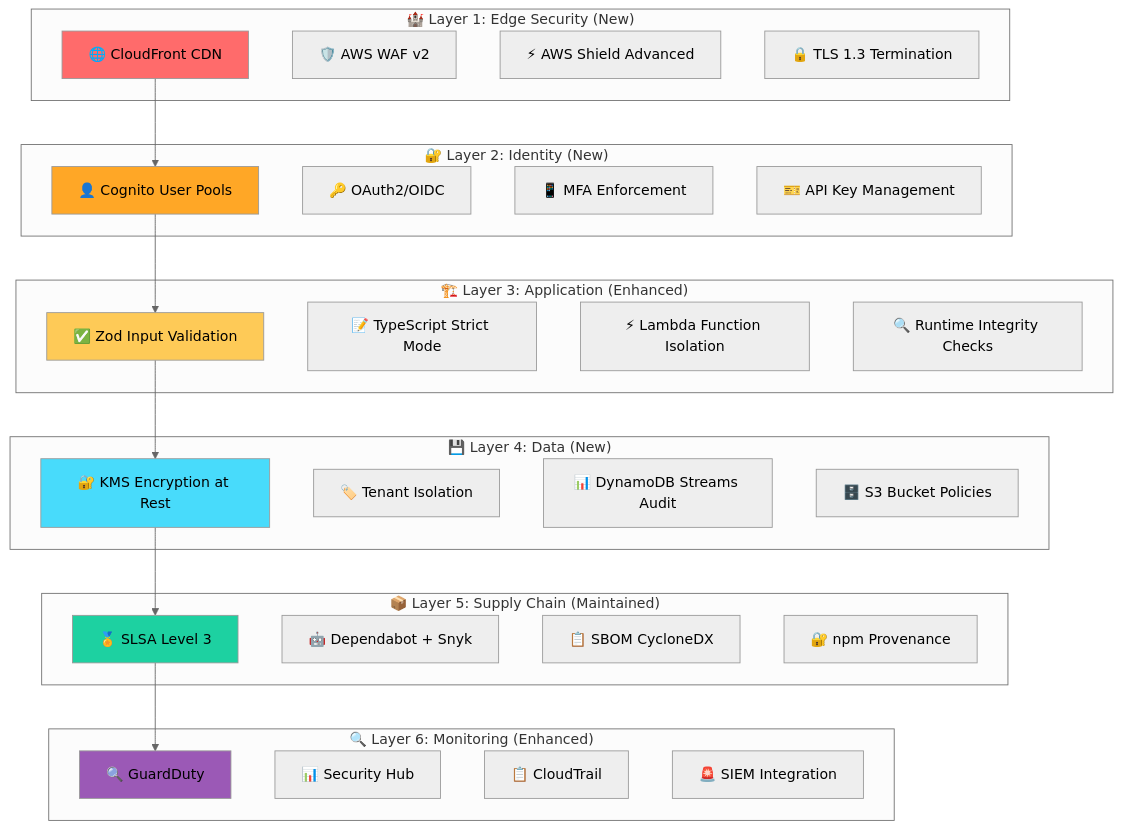
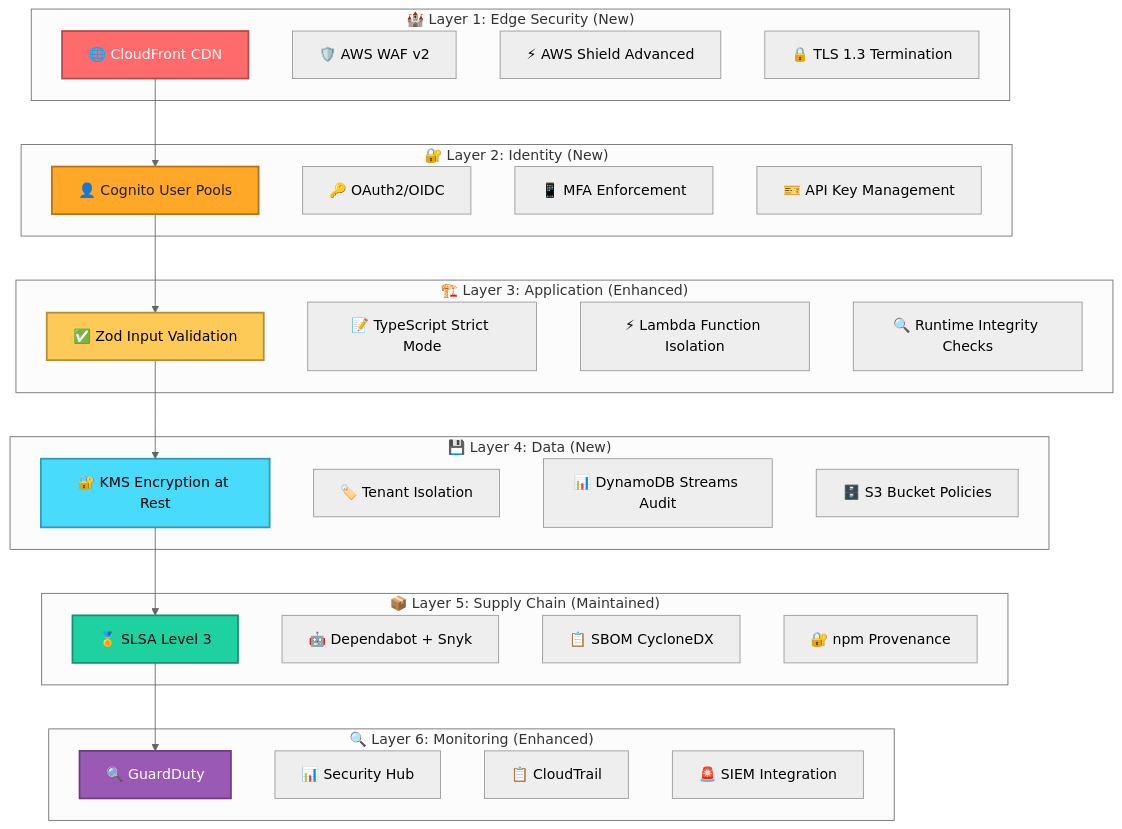
Before and after one commit to Hack23/European-Parliament-MCP-Server: the seventh of 7 diagrams in api-markdown/_media/FUTURE_THREAT_MODEL.md, drawn with Mermaid (neutral theme). The commit also changed other lines of this file and 1837 other files, not shown here.

````diff
--- a/api-markdown/_media/FUTURE_THREAT_MODEL.md
+++ b/api-markdown/_media/FUTURE_THREAT_MODEL.md
@@ -384,53 +441,65 @@
 ```mermaid
 graph TB
     subgraph "🏰 Layer 1: Edge Security (New)"
         L1A[🌐 CloudFront CDN]
         L1B[🛡️ AWS WAF v2]
         L1C[⚡ AWS Shield Advanced]
         L1D[🔒 TLS 1.3 Termination]
     end
     
     subgraph "🔐 Layer 2: Identity (New)"
         L2A[👤 Cognito User Pools]
         L2B[🔑 OAuth2/OIDC]
         L2C[📱 MFA Enforcement]
         L2D[🎫 API Key Management]
     end
     
     subgraph "🏗️ Layer 3: Application (Enhanced)"
         L3A[✅ Zod Input Validation]
         L3B[📝 TypeScript Strict Mode]
         L3C[⚡ Lambda Function Isolation]
         L3D[🔍 Runtime Integrity Checks]
     end
     
     subgraph "💾 Layer 4: Data (New)"
         L4A[🔐 KMS Encryption at Rest]
         L4B[🏷️ Tenant Isolation]
         L4C[📊 DynamoDB Streams Audit]
         L4D[🗄️ S3 Bucket Policies]
     end
     
     subgraph "📦 Layer 5: Supply Chain (Maintained)"
         L5A[🏅 SLSA Level 3]
         L5B[🤖 Dependabot + Snyk]
         L5C[📋 SBOM CycloneDX]
         L5D[🔐 npm Provenance]
     end
     
     subgraph "🔍 Layer 6: Monitoring (Enhanced)"
         L6A[🔍 GuardDuty]
         L6B[📊 Security Hub]
         L6C[📋 CloudTrail]
         L6D[🚨 SIEM Integration]
     end
     
     L1A --> L2A --> L3A --> L4A --> L5A --> L6A
     
-    style L1A fill:#ff6b6b
-    style L2A fill:#ffa726
-    style L3A fill:#feca57
-    style L4A fill:#48dbfb
-    style L5A fill:#1dd1a1
-    style L6A fill:#9b59b6
+    style L1A fill:#ff6b6b,stroke:#b24a4a,stroke-width:2px,color:#ffffff
+
+
+    style L2A fill:#ffa726,stroke:#b2741a,stroke-width:2px,color:#1f1f1f
+
+
+    style L3A fill:#feca57,stroke:#b18d3c,stroke-width:2px,color:#000000
+
+
+    style L4A fill:#48dbfb,stroke:#3299af,stroke-width:2px,color:#000000
+
+
+    style L5A fill:#1dd1a1,stroke:#149270,stroke-width:2px,color:#000000
+
+
+    style L6A fill:#9b59b6,stroke:#6c3e7f,stroke-width:2px,color:#ffffff
+
+
 ```
````
